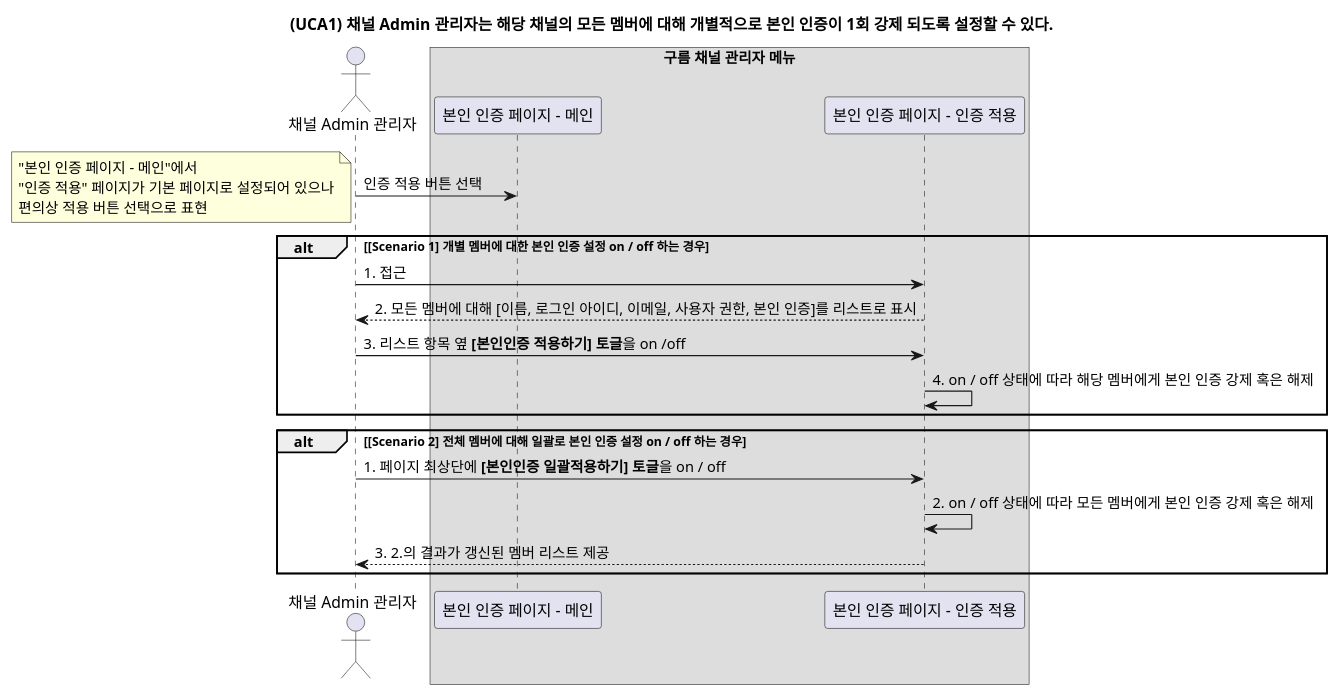
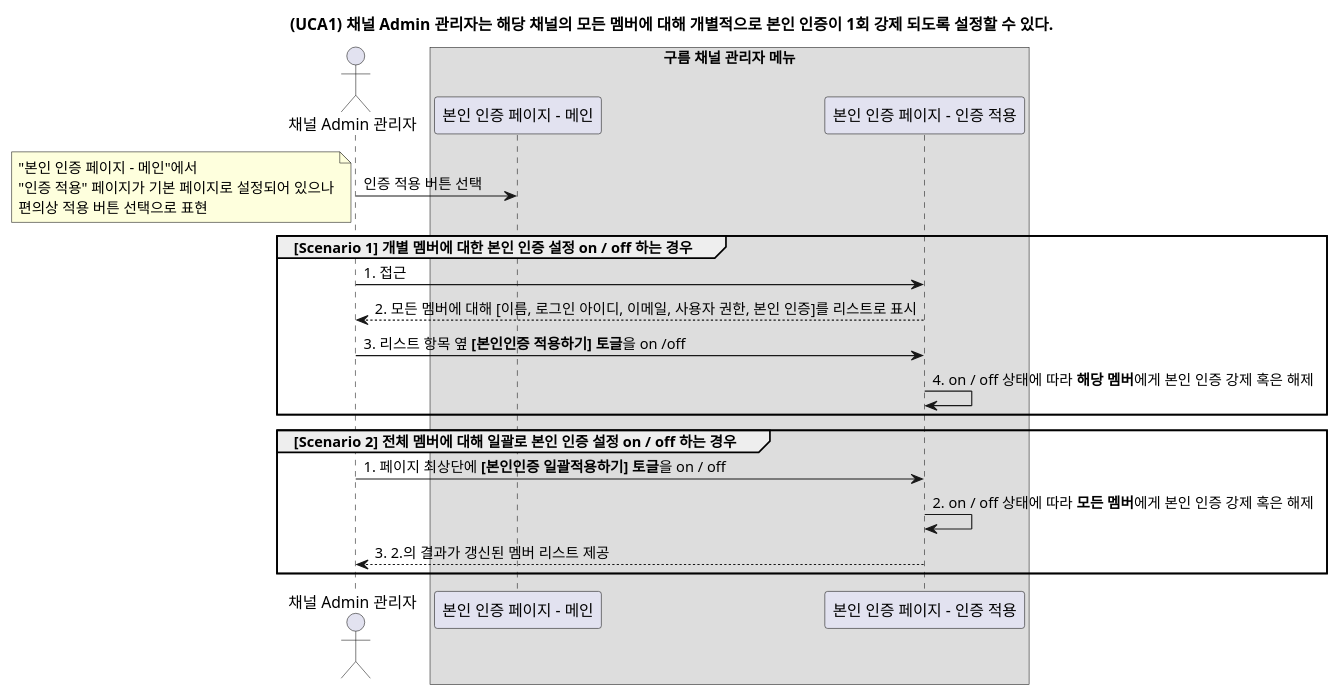
The diagram in 본인인증기획/시퀀스 다이어그램/UCA1.puml (YoonsooOh/tech-study), drawn with PlantUML before and after one commit. The commit also changed 1 other file, not shown here.

```diff
--- a/본인인증기획/시퀀스 다이어그램/UCA1.puml
+++ b/본인인증기획/시퀀스 다이어그램/UCA1.puml
@@ -1,32 +1,32 @@
 @startuml
 
 title (UCA1) 채널 Admin 관리자는 해당 채널의 모든 멤버에 대해 개별적으로 본인 인증이 1회 강제 되도록 설정할 수 있다.
 
 actor "채널 Admin 관리자"
 
 box "구름 채널 관리자 메뉴"
 participant "본인 인증 페이지 - 메인"
 participant "본인 인증 페이지 - 인증 적용"
 endbox
 
 "채널 Admin 관리자" -> "본인 인증 페이지 - 메인" : 인증 적용 버튼 선택
 note left
 "본인 인증 페이지 - 메인"에서
 "인증 적용" 페이지가 기본 페이지로 설정되어 있으나
 편의상 적용 버튼 선택으로 표현
 end note
 
 
-alt [Scenario 1] 개별 멤버에 대한 본인 인증 설정 on / off 하는 경우
+group [Scenario 1] 개별 멤버에 대한 본인 인증 설정 on / off 하는 경우
 "채널 Admin 관리자" -> "본인 인증 페이지 - 인증 적용" : 1. 접근
 "본인 인증 페이지 - 인증 적용" --> "채널 Admin 관리자" : 2. 모든 멤버에 대해 [이름, 로그인 아이디, 이메일, 사용자 권한, 본인 인증]를 리스트로 표시
 "채널 Admin 관리자" -> "본인 인증 페이지 - 인증 적용" : 3. 리스트 항목 옆 **[본인인증 적용하기] 토글**을 on /off
-"본인 인증 페이지 - 인증 적용" -> "본인 인증 페이지 - 인증 적용" : 4. on / off 상태에 따라 해당 멤버에게 본인 인증 강제 혹은 해제
+"본인 인증 페이지 - 인증 적용" -> "본인 인증 페이지 - 인증 적용" : 4. on / off 상태에 따라 **해당 멤버**에게 본인 인증 강제 혹은 해제
 end
 
-alt [Scenario 2] 전체 멤버에 대해 일괄로 본인 인증 설정 on / off 하는 경우
+group [Scenario 2] 전체 멤버에 대해 일괄로 본인 인증 설정 on / off 하는 경우
 "채널 Admin 관리자" -> "본인 인증 페이지 - 인증 적용" : 1. 페이지 최상단에 **[본인인증 일괄적용하기] 토글**을 on / off
-"본인 인증 페이지 - 인증 적용" -> "본인 인증 페이지 - 인증 적용" : 2. on / off 상태에 따라 모든 멤버에게 본인 인증 강제 혹은 해제
+"본인 인증 페이지 - 인증 적용" -> "본인 인증 페이지 - 인증 적용" : 2. on / off 상태에 따라 **모든 멤버**에게 본인 인증 강제 혹은 해제
 "본인 인증 페이지 - 인증 적용" --> "채널 Admin 관리자" : 3. 2.의 결과가 갱신된 멤버 리스트 제공
 end
 @enduml
```
